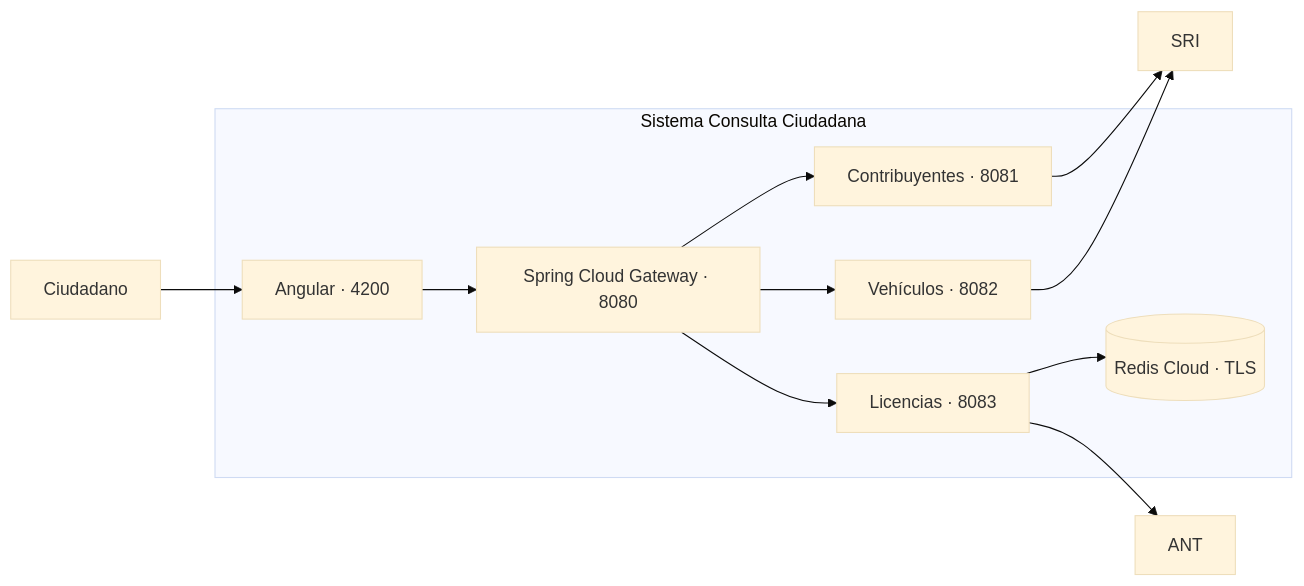
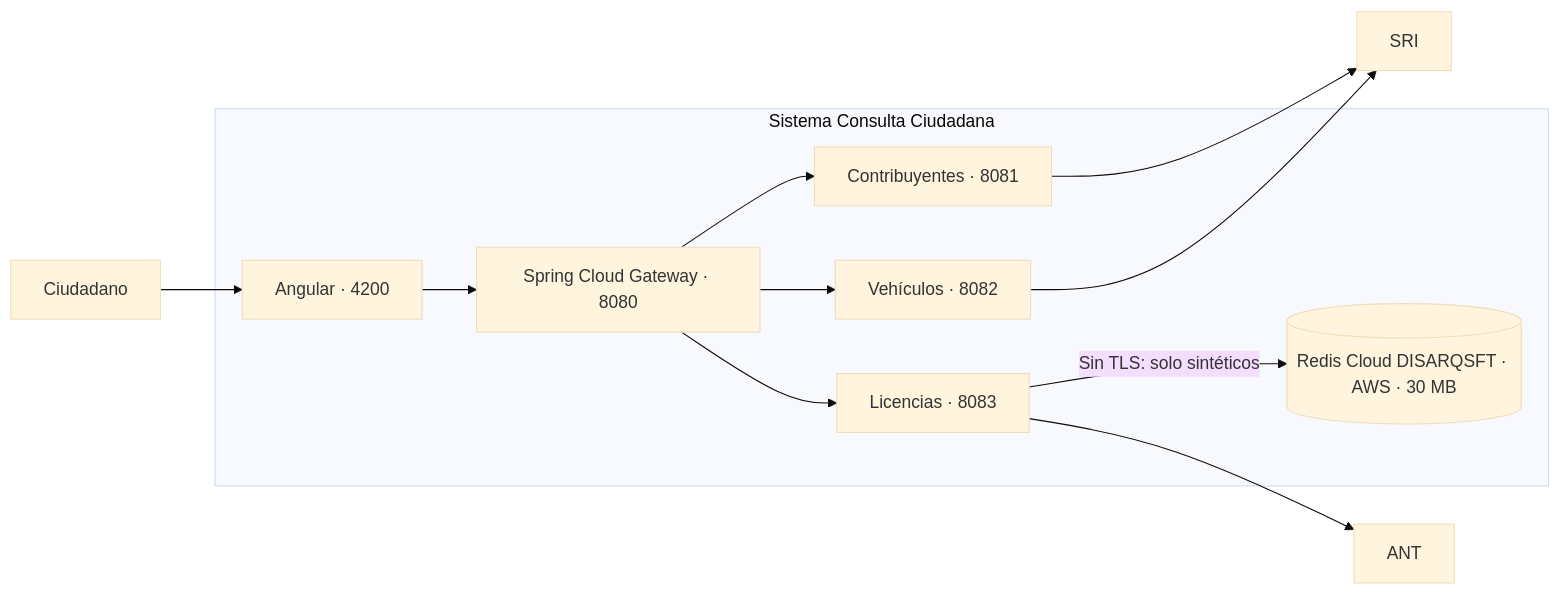
One commit to JosueRamses/Arquitectura-C4 changed the diagram in docs/arquitectura/C2-contenedores.mmd. Above: the diagram before and after it, drawn with Mermaid (base theme). The commit also changed 13 other files, not shown here.

Commit message:
Configura Redis Cloud y verifica resiliencia con datos sinteticos

```diff
--- a/docs/arquitectura/C2-contenedores.mmd
+++ b/docs/arquitectura/C2-contenedores.mmd
@@ -1,12 +1,12 @@
 flowchart LR
  ciudadano[Ciudadano] --> frontend[Angular · 4200]
  subgraph consulta[Sistema Consulta Ciudadana]
  frontend --> gateway[Spring Cloud Gateway · 8080]
  gateway --> contribuyentes[Contribuyentes · 8081]
  gateway --> vehiculos[Vehículos · 8082]
  gateway --> licencias[Licencias · 8083]
- licencias --> redis[(Redis Cloud · TLS)]
+ licencias -->|Sin TLS: solo sintéticos| redis[(Redis Cloud DISARQSFT · AWS · 30 MB)]
  end
  contribuyentes --> sri[SRI]
  vehiculos --> sri
  licencias --> ant[ANT]
```
